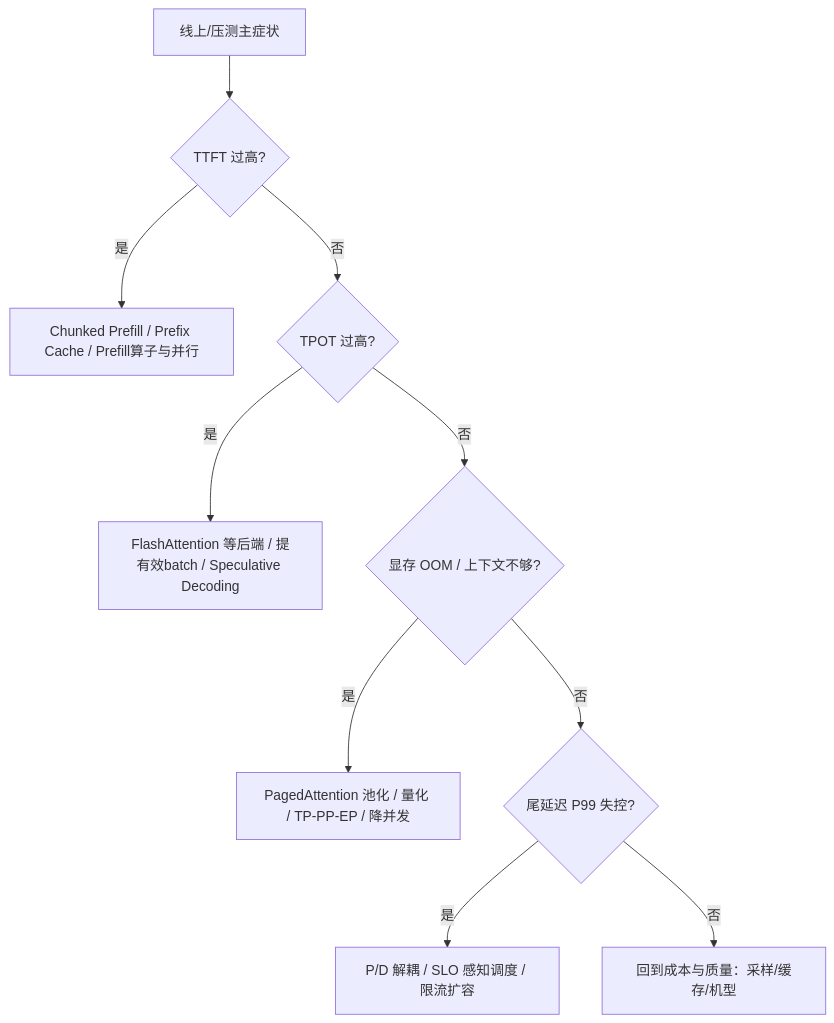
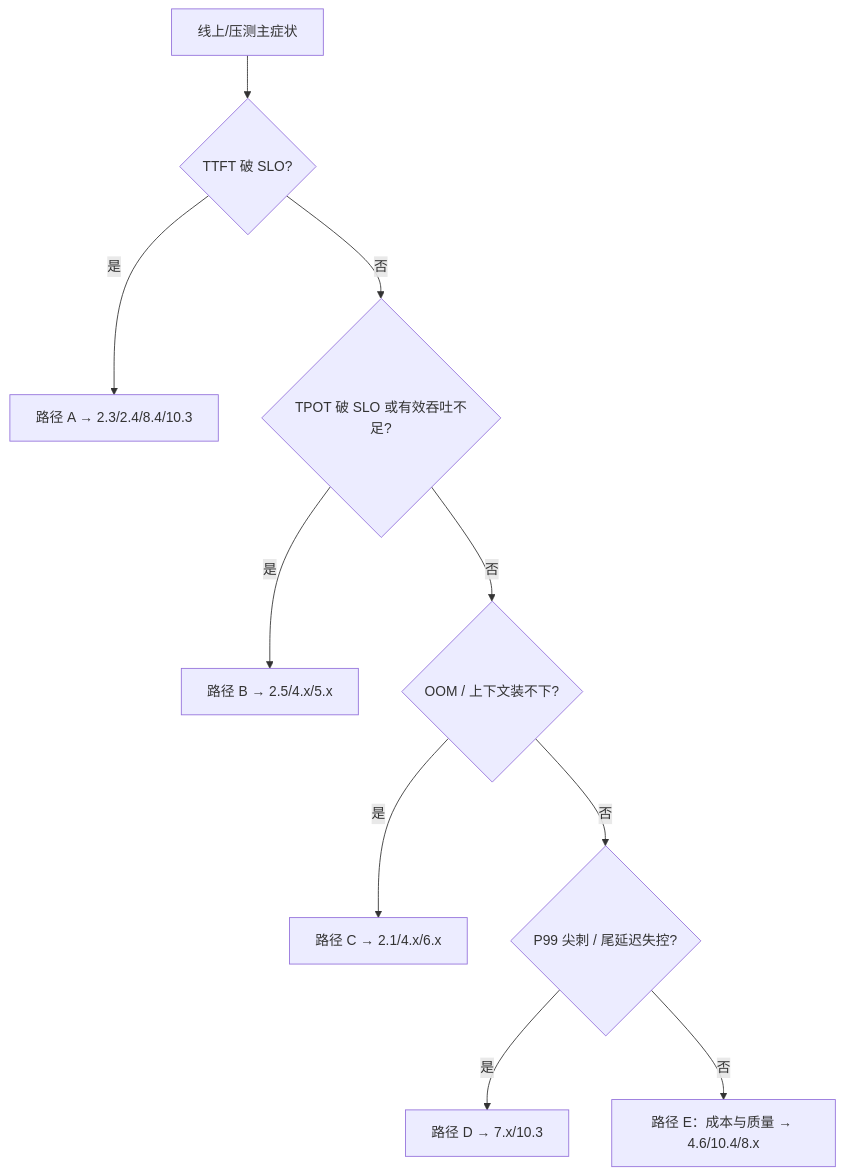
Before and after one commit to tqm6666/AIInfraGuide: the diagram in docs/guides/模块四-推理优化/第11章-推理优化选型与端到端实战/11.1-优化选型决策树.md, drawn with Mermaid. The commit also changed other lines of this file and 4 other files, not shown here.

````diff
--- a/docs/guides/模块四-推理优化/第11章-推理优化选型与端到端实战/11.1-优化选型决策树.md
+++ b/docs/guides/模块四-推理优化/第11章-推理优化选型与端到端实战/11.1-优化选型决策树.md
@@ -54,12 +51,12 @@
 ```mermaid
 flowchart TD
-    S["线上/压测主症状"] --> A{"TTFT 过高?"}
-    A -->|是| T1["Chunked Prefill / Prefix Cache / Prefill算子与并行"]
-    A -->|否| B{"TPOT 过高?"}
-    B -->|是| T2["FlashAttention 等后端 / 提有效batch / Speculative Decoding"]
-    B -->|否| C{"显存 OOM / 上下文不够?"}
-    C -->|是| T3["PagedAttention 池化 / 量化 / TP-PP-EP / 降并发"]
-    C -->|否| D{"尾延迟 P99 失控?"}
-    D -->|是| T4["P/D 解耦 / SLO 感知调度 / 限流扩容"]
-    D -->|否| E["回到成本与质量：采样/缓存/机型"]
+    S["线上/压测主症状"] --> A{"TTFT 破 SLO?"}
+    A -->|是| T1["路径 A → 2.3/2.4/8.4/10.3"]
+    A -->|否| B{"TPOT 破 SLO 或有效吞吐不足?"}
+    B -->|是| T2["路径 B → 2.5/4.x/5.x"]
+    B -->|否| C{"OOM / 上下文装不下?"}
+    C -->|是| T3["路径 C → 2.1/4.x/6.x"]
+    C -->|否| D{"P99 尖刺 / 尾延迟失控?"}
+    D -->|是| T4["路径 D → 7.x/10.3"]
+    D -->|否| E["路径 E：成本与质量 → 4.6/10.4/8.x"]
 ```
````
